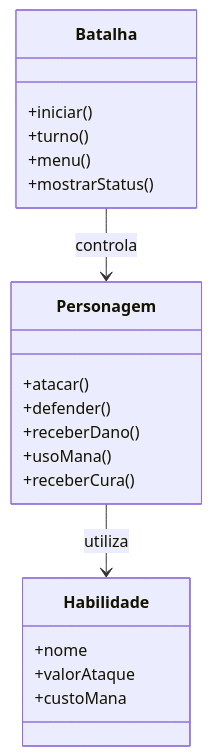
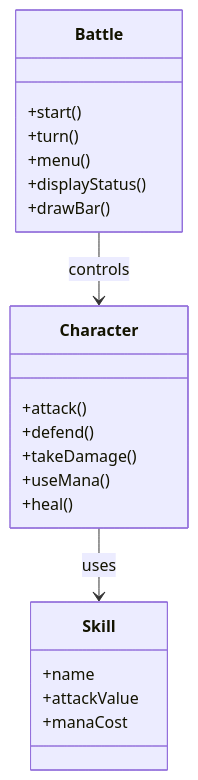
Before and after one commit to G4vi1/Turn-based-battle-game: the second of 3 diagrams in README.md, drawn with Mermaid. The commit also changed other lines of this file, not shown here.

````diff
--- a/README.md
+++ b/README.md
@@ -71,27 +73,28 @@
 ```mermaid
 classDiagram
 
-class Batalha{
-+iniciar()
-+turno()
+class Battle{
++start()
++turn()
 +menu()
-+mostrarStatus()
++displayStatus()
++drawBar()
 }
 
-class Personagem{
-+atacar()
-+defender()
-+receberDano()
-+usoMana()
-+receberCura()
+class Character{
++attack()
++defend()
++takeDamage()
++useMana()
++heal()
 }
 
-class Habilidade{
-+nome
-+valorAtaque
-+custoMana
+class Skill{
++name
++attackValue
++manaCost
 }
 
-Batalha --> Personagem : controla
-Personagem --> Habilidade : utiliza
+Battle --> Character : controls
+Character --> Skill : uses
 ```
````
